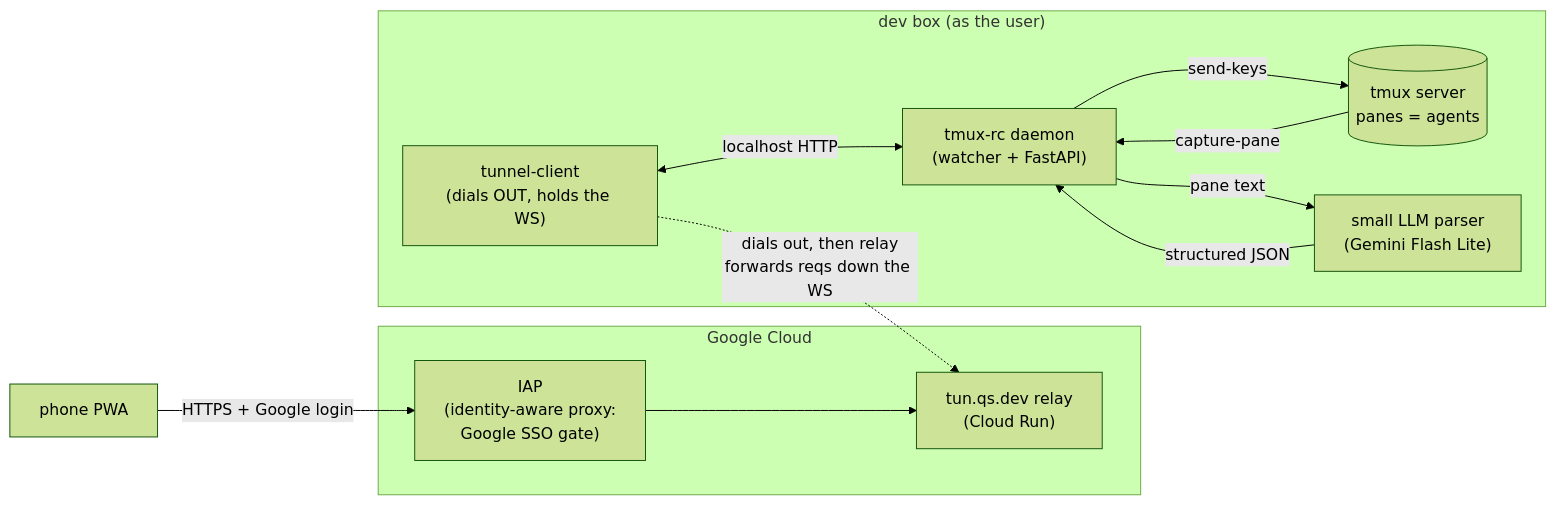
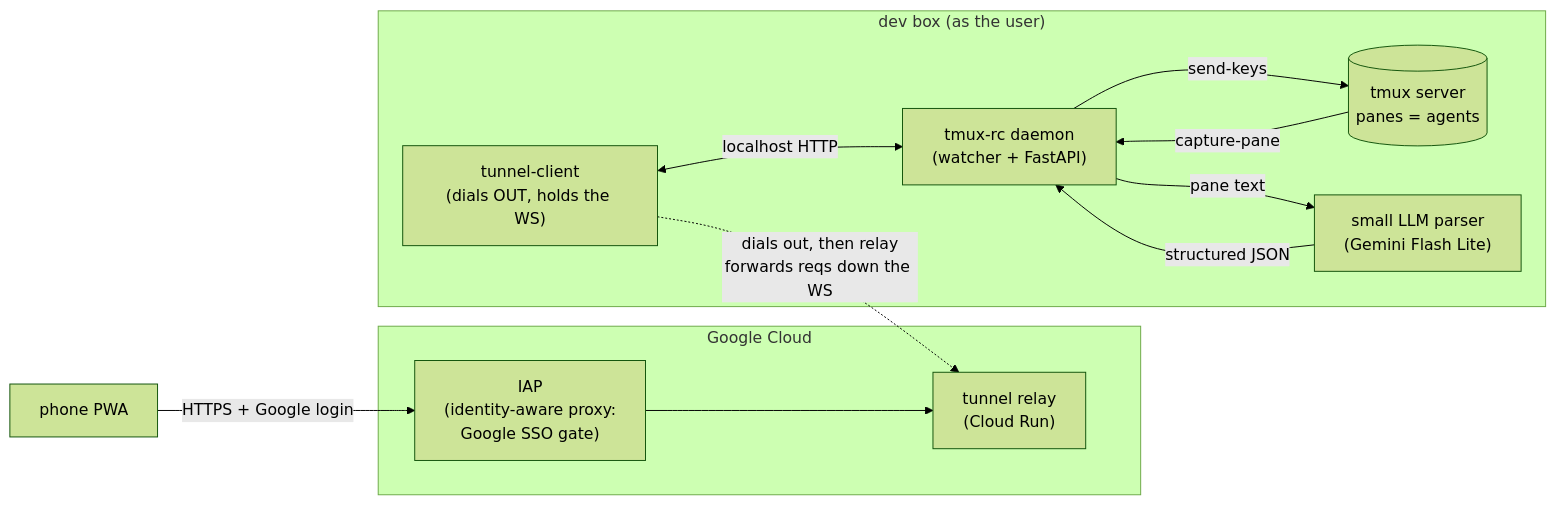
Before and after one commit to querystory/tmux-rc: the first of 6 diagrams in docs/design/architecture.md, drawn with Mermaid (forest theme). The commit also changed other lines of this file and 27 other files, not shown here.

````diff
--- a/docs/design/architecture.md
+++ b/docs/design/architecture.md
@@ -15,22 +15,22 @@
 ```mermaid
 flowchart LR
   phone["phone PWA"]
   subgraph gcp["Google Cloud"]
     iap["IAP<br/>(identity-aware proxy:<br/>Google SSO gate)"]
-    relay["tun.qs.dev relay<br/>(Cloud Run)"]
+    relay["tunnel relay<br/>(Cloud Run)"]
     iap --> relay
   end
   subgraph host["dev box (as the user)"]
     tc["tunnel-client<br/>(dials OUT, holds the WS)"]
     daemon["tmux-rc daemon<br/>(watcher + FastAPI)"]
     tmux[("tmux server<br/>panes = agents")]
     llm["small LLM parser<br/>(Gemini Flash Lite)"]
     tc <-->|"localhost HTTP"| daemon
     tmux -->|capture-pane| daemon
     daemon -->|send-keys| tmux
     daemon -->|pane text| llm
     llm -->|structured JSON| daemon
   end
   phone -->|"HTTPS + Google login"| iap
   tc -.->|"dials out, then relay<br/>forwards reqs down the WS"| relay
 ```
````
